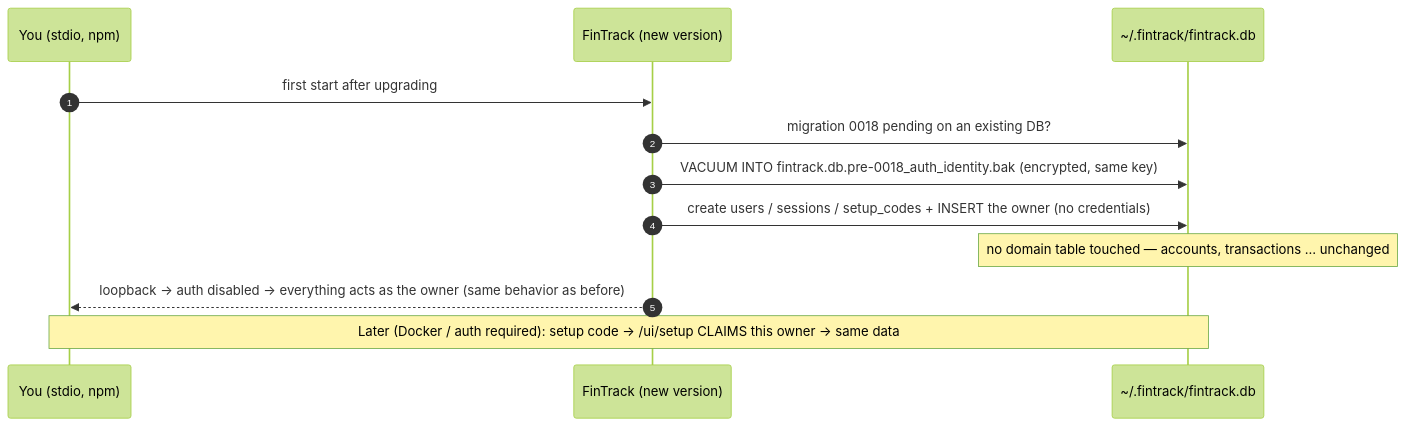
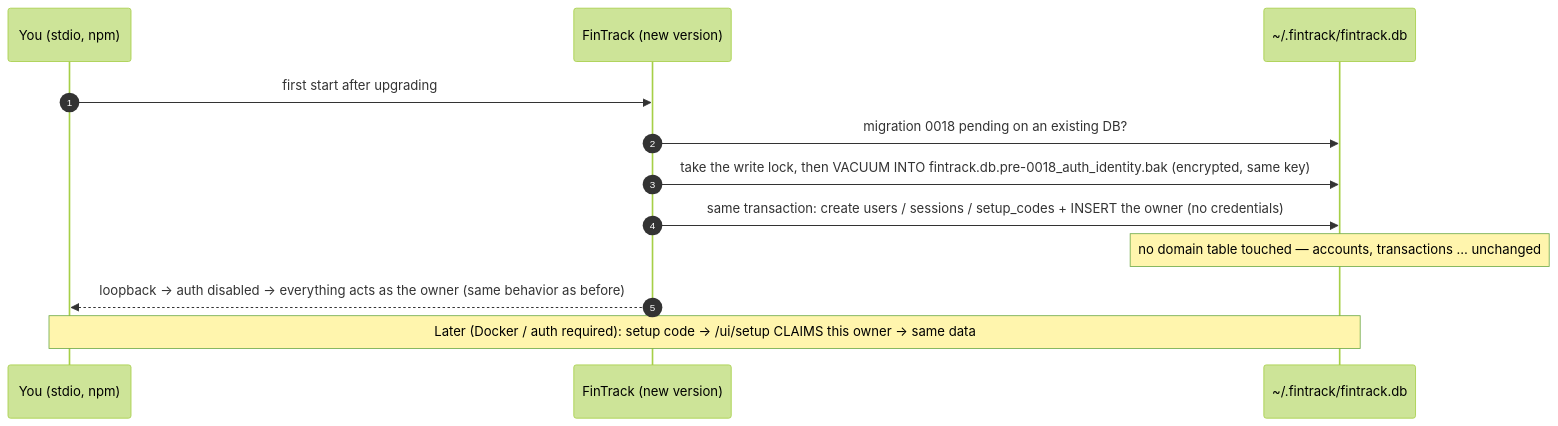
The seventh of 7 diagrams in docs/auth-flows.md (RafaelFCarneiro/patty), drawn with Mermaid (forest theme) before and after one commit. The commit also changed other lines of this file and 7 other files, not shown here.

First line of the commit message:
fix(auth): take the pre-migration snapshot under SQLite's write lock and apply the migration in the same transaction

````diff
--- a/docs/auth-flows.md
+++ b/docs/auth-flows.md
@@ -211,15 +211,15 @@
 ```mermaid
 sequenceDiagram
     autonumber
     participant You as You (stdio, npm)
     participant FT as FinTrack (new version)
     participant DB as ~/.fintrack/fintrack.db
 
     You->>FT: first start after upgrading
     FT->>DB: migration 0018 pending on an existing DB?
-    FT->>DB: VACUUM INTO fintrack.db.pre-0018_auth_identity.bak (encrypted, same key)
-    FT->>DB: create users / sessions / setup_codes + INSERT the owner (no credentials)
+    FT->>DB: take the write lock, then VACUUM INTO fintrack.db.pre-0018_auth_identity.bak (encrypted, same key)
+    FT->>DB: same transaction: create users / sessions / setup_codes + INSERT the owner (no credentials)
     Note over DB: no domain table touched — accounts, transactions … unchanged
     FT-->>You: loopback → auth disabled → everything acts as the owner (same behavior as before)
     Note over You,DB: Later (Docker / auth required): setup code → /ui/setup CLAIMS this owner → same data
 ```
````
